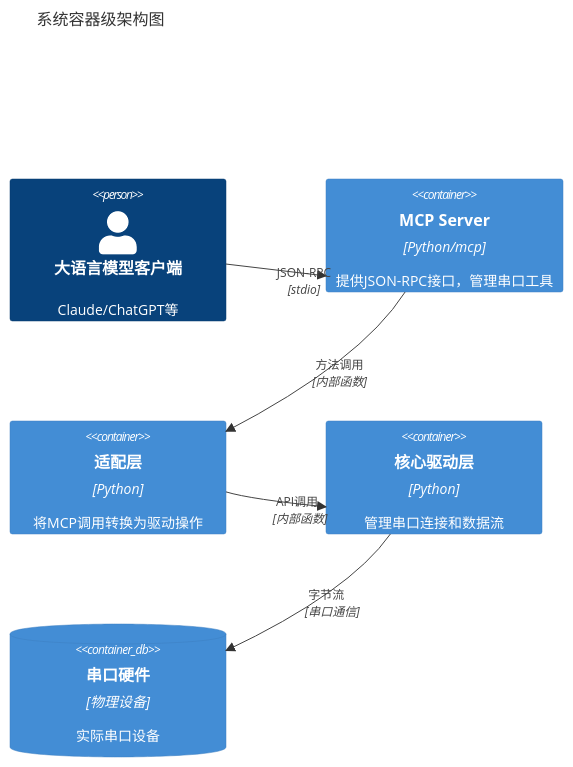
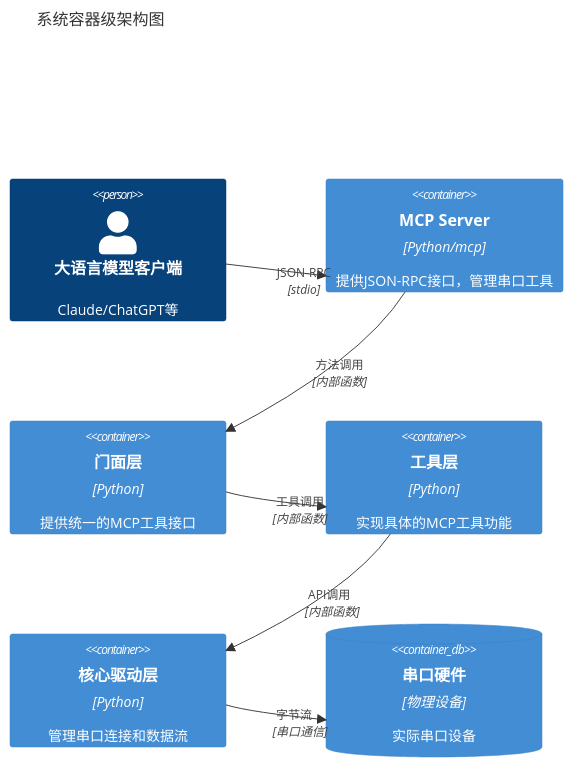
Before and after one commit to niusulong/serial2mcp1: the first of 5 diagrams in doc/05-软件实现架构文档.md, drawn with Mermaid. The commit also changed other lines of this file and 14 other files, not shown here.

````diff
--- a/doc/05-软件实现架构文档.md
+++ b/doc/05-软件实现架构文档.md
@@ -24,17 +24,19 @@
 ```mermaid
 C4Context
     title 系统容器级架构图
 
     Person(llm_client, "大语言模型客户端", "Claude/ChatGPT等")
 
     Container(mcp_server, "MCP Server", "Python/mcp", "提供JSON-RPC接口，管理串口工具")
-    Container(adapter_layer, "适配层", "Python", "将MCP调用转换为驱动操作")
+    Container(facade_layer, "门面层", "Python", "提供统一的MCP工具接口")
+    Container(tools_layer, "工具层", "Python", "实现具体的MCP工具功能")
     Container(core_driver, "核心驱动层", "Python", "管理串口连接和数据流")
 
     ContainerDb(serial_hardware, "串口硬件", "物理设备", "实际串口设备")
 
     Rel(llm_client, mcp_server, "JSON-RPC", "stdio")
-    Rel(mcp_server, adapter_layer, "方法调用", "内部函数")
-    Rel(adapter_layer, core_driver, "API调用", "内部函数")
+    Rel(mcp_server, facade_layer, "方法调用", "内部函数")
+    Rel(facade_layer, tools_layer, "工具调用", "内部函数")
+    Rel(tools_layer, core_driver, "API调用", "内部函数")
     Rel(core_driver, serial_hardware, "字节流", "串口通信")
 ```
````
